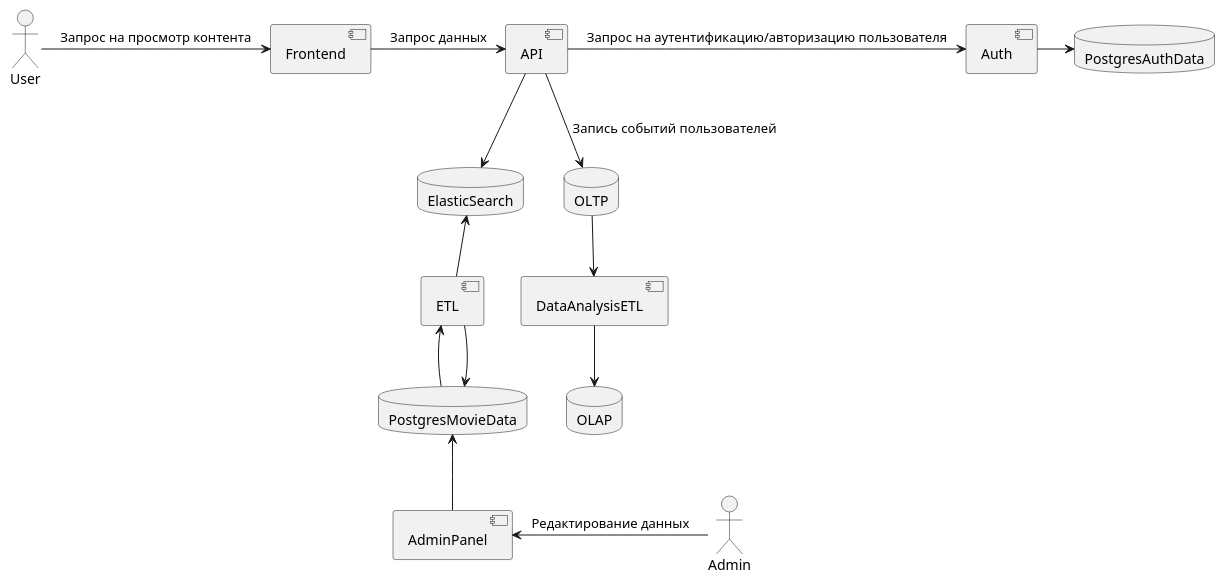
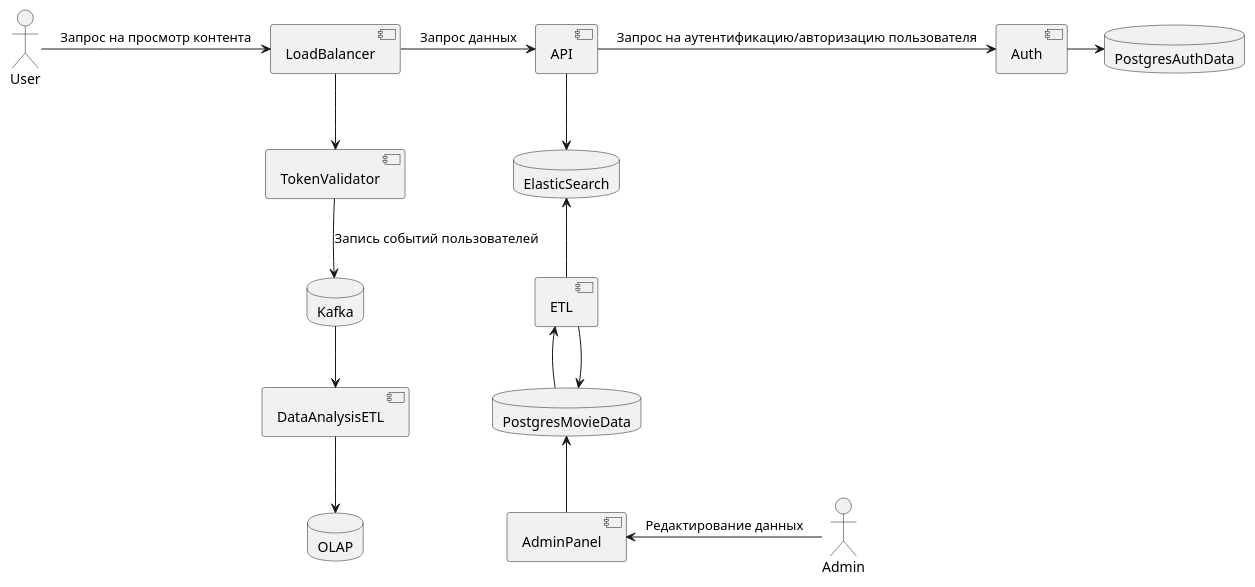
One commit to mrvanolog/ugc_sprint_1 changed the diagram in architecture/to_be.pu. Above: the diagram before and after it, drawn with PlantUML.

Commit message:
Update to be schema

```diff
--- a/architecture/to_be.pu
+++ b/architecture/to_be.pu
@@ -1,32 +1,34 @@
 @startuml
 
 skinparam componentStyle uml2
 actor User
 actor Admin
 database PostgresMovieData
 database PostgresAuthData
 database ElasticSearch
 database OLAP
-database OLTP
+database Kafka
 component AdminPanel
-component Frontend
+component LoadBalancer
+component TokenValidator
 component API
 component Auth
 component ETL
 component DataAnalysisETL
 
-User -right-> Frontend: Запрос на просмотр контента
-Frontend -right-> API: Запрос данных
+User -right-> LoadBalancer: Запрос на просмотр контента
+LoadBalancer -right-> API: Запрос данных
 API -right-> Auth: Запрос на аутентификацию/авторизацию пользователя
-API -down-> OLTP : Запись событий пользователей
-OLTP -down-> DataAnalysisETL
+LoadBalancer -down-> TokenValidator
+TokenValidator -down-> Kafka : Запись событий пользователей
+Kafka -down-> DataAnalysisETL
 DataAnalysisETL -down->OLAP
 API -down-> ElasticSearch
 Auth -right-> PostgresAuthData
 PostgresMovieData -up-> ETL
 ETL -down-> PostgresMovieData
 ETL -up-> ElasticSearch
 Admin -left-> AdminPanel: Редактирование данных
 AdminPanel -up-> PostgresMovieData
 
 @enduml
```
